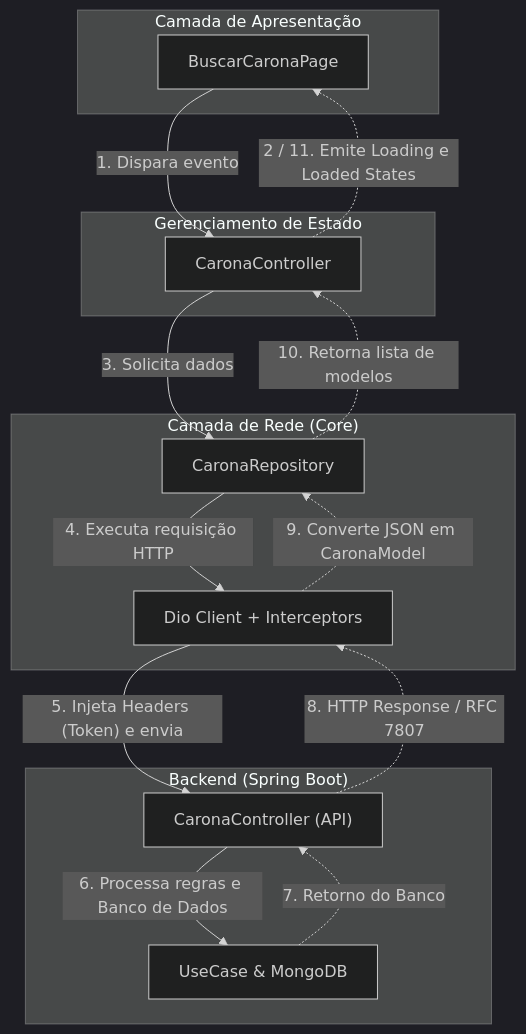
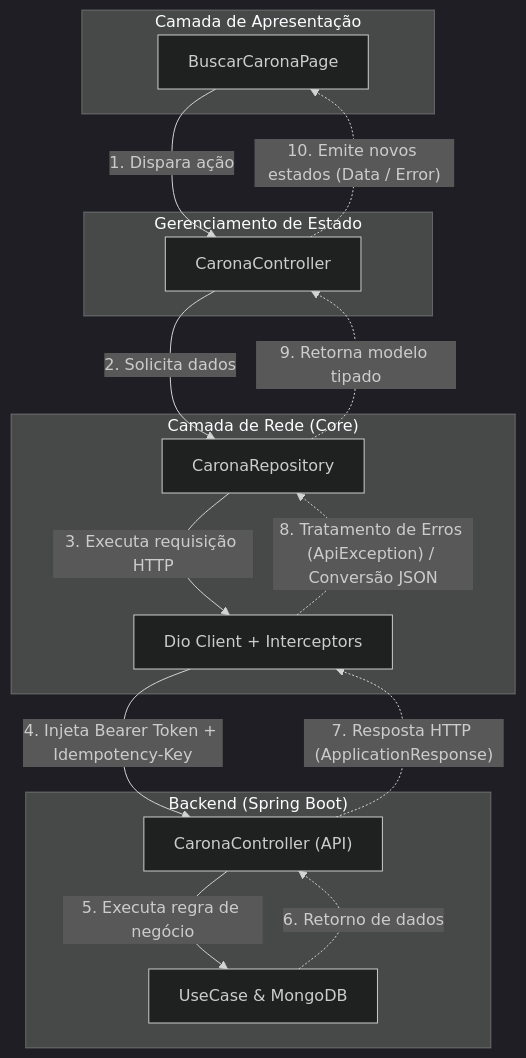
Before and after one commit to CrisFava/PI_IV-TIME-29: the diagram in docs/arquitetura/frontend/feature_modular_architecture.md, drawn with Mermaid (dark theme). The commit also changed other lines of this file and 6 other files, not shown here.

````diff
--- a/docs/arquitetura/frontend/feature_modular_architecture.md
+++ b/docs/arquitetura/frontend/feature_modular_architecture.md
@@ -329,34 +407,34 @@
 ```mermaid
 flowchart TD
     subgraph UI ["Camada de Apresentação"]
         A["BuscarCaronaPage"]
     end
 
     subgraph State ["Gerenciamento de Estado"]
         B["CaronaController"]
     end
 
     subgraph Core ["Camada de Rede (Core)"]
         C["CaronaRepository"]
         D["Dio Client + Interceptors"]
     end
 
     subgraph Backend ["Backend (Spring Boot)"]
         E["CaronaController (API)"]
         F["UseCase & MongoDB"]
     end
 
     %% Fluxo de Ida (Request)
-    A -->|"1. Dispara evento"| B
-    B -->|"3. Solicita dados"| C
-    C -->|"4. Executa requisição HTTP"| D
-    D -->|"5. Injeta Headers (Token) e envia"| E
-    E -->|"6. Processa regras e Banco de Dados"| F
+    A -->|"1. Dispara ação"| B
+    B -->|"2. Solicita dados"| C
+    C -->|"3. Executa requisição HTTP"| D
+    D -->|"4. Injeta Bearer Token + Idempotency-Key"| E
+    E -->|"5. Executa regra de negócio"| F
 
     %% Fluxo de Volta (Response)
-    F -.->|"7. Retorno do Banco"| E
-    E -.->|"8. HTTP Response / RFC 7807"| D
-    D -.->|"9. Converte JSON em CaronaModel"| C
-    C -.->|"10. Retorna lista de modelos"| B
-    B -.->|"2 / 11. Emite Loading e Loaded States"| A
+    F -.->|"6. Retorno de dados"| E
+    E -.->|"7. Resposta HTTP (ApplicationResponse)"| D
+    D -.->|"8. Tratamento de Erros (ApiException) / Conversão JSON"| C
+    C -.->|"9. Retorna modelo tipado"| B
+    B -.->|"10. Emite novos estados (Data / Error)"| A
 ```
````
